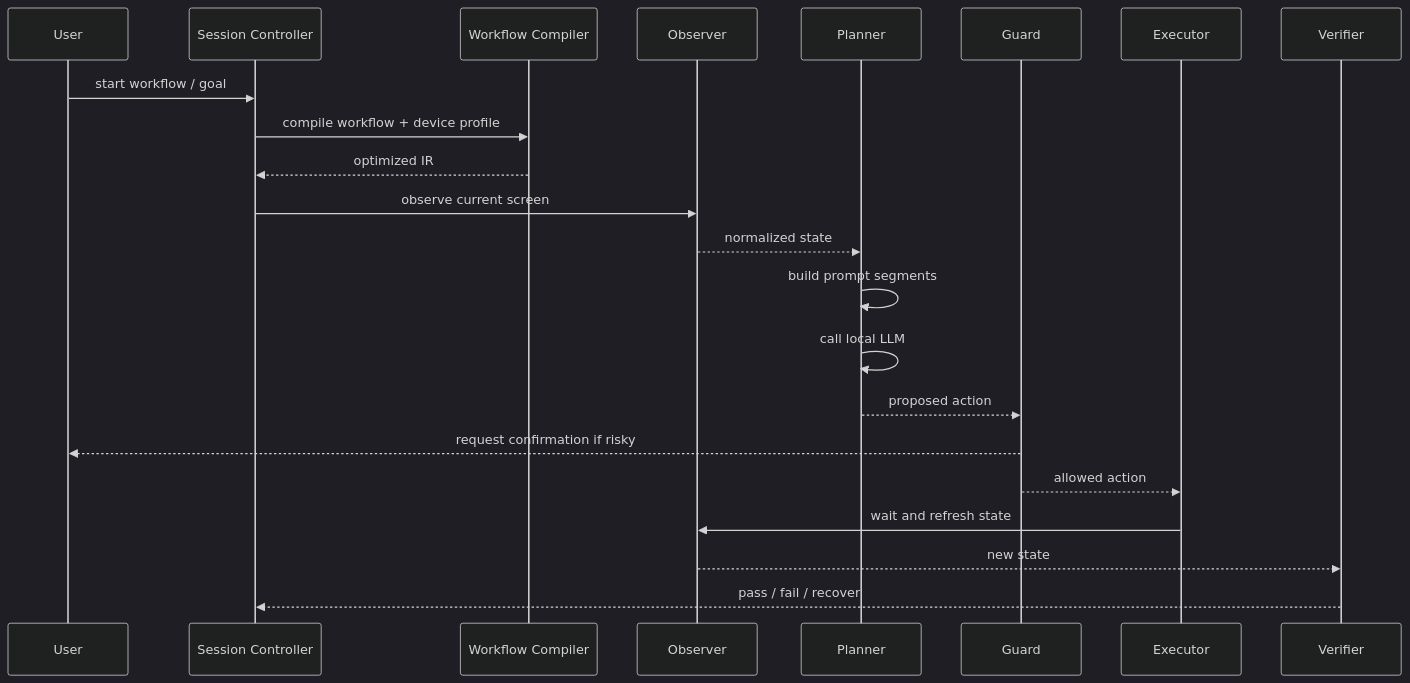
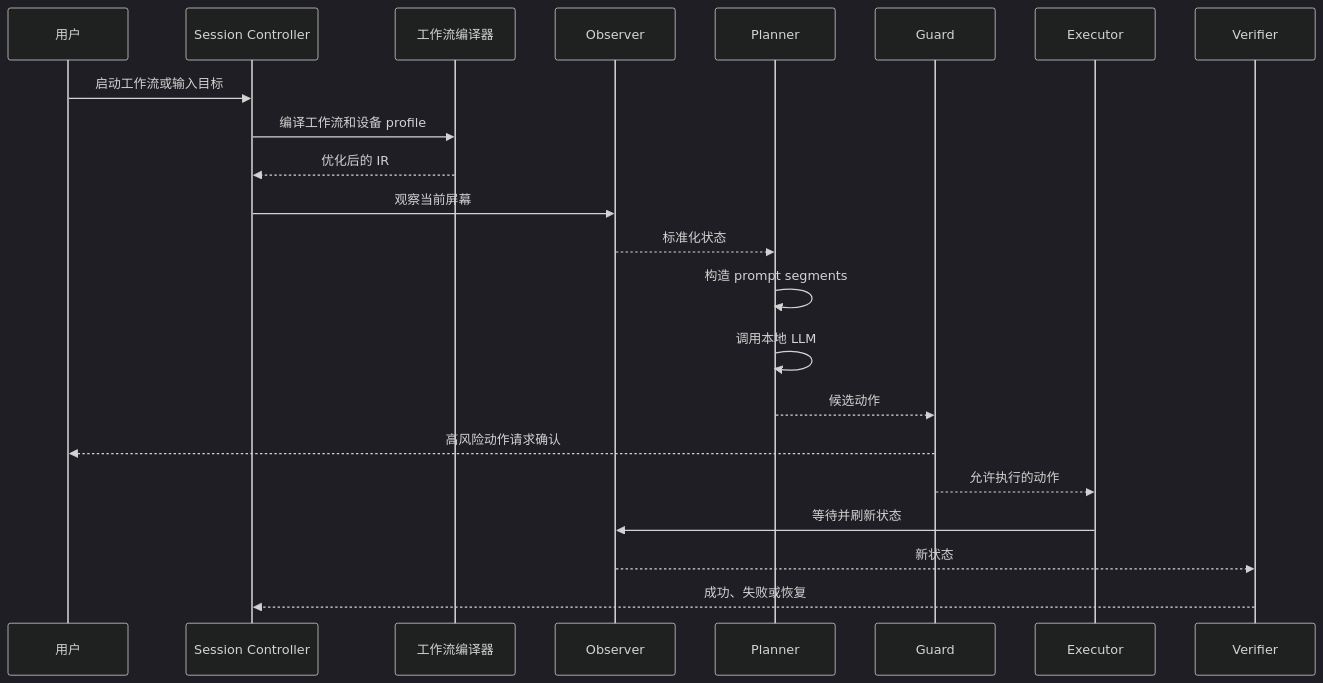
Before and after one commit to KDZZZZZZ/droid-loom: the second of 2 diagrams in docs/architecture.md, drawn with Mermaid (dark theme). The commit also changed other lines of this file and 6 other files, not shown here.

````diff
--- a/docs/architecture.md
+++ b/docs/architecture.md
@@ -44,25 +44,25 @@
 ```mermaid
 sequenceDiagram
-    participant U as User
+    participant U as 用户
     participant S as Session Controller
-    participant C as Workflow Compiler
+    participant C as 工作流编译器
     participant O as Observer
     participant P as Planner
     participant G as Guard
     participant E as Executor
     participant V as Verifier
 
-    U->>S: start workflow / goal
-    S->>C: compile workflow + device profile
-    C-->>S: optimized IR
-    S->>O: observe current screen
-    O-->>P: normalized state
-    P->>P: build prompt segments
-    P->>P: call local LLM
-    P-->>G: proposed action
-    G-->>U: request confirmation if risky
-    G-->>E: allowed action
-    E->>O: wait and refresh state
-    O-->>V: new state
-    V-->>S: pass / fail / recover
+    U->>S: 启动工作流或输入目标
+    S->>C: 编译工作流和设备 profile
+    C-->>S: 优化后的 IR
+    S->>O: 观察当前屏幕
+    O-->>P: 标准化状态
+    P->>P: 构造 prompt segments
+    P->>P: 调用本地 LLM
+    P-->>G: 候选动作
+    G-->>U: 高风险动作请求确认
+    G-->>E: 允许执行的动作
+    E->>O: 等待并刷新状态
+    O-->>V: 新状态
+    V-->>S: 成功、失败或恢复
 ```
````
